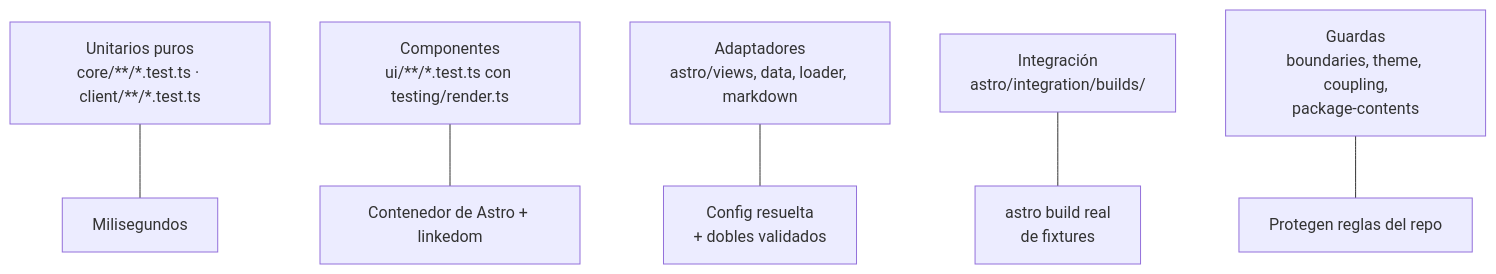
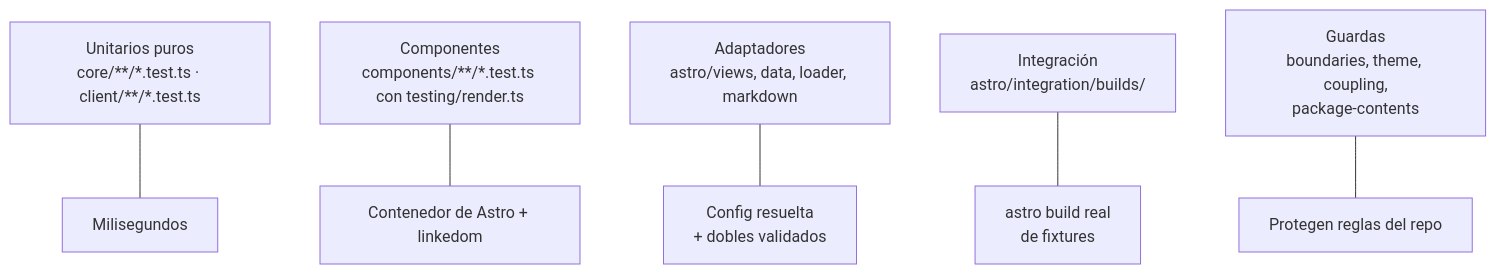
One commit to velezanthony/design changed the diagram in docs/src/content/docs/mantenimiento/tests.md. Above: the diagram before and after it, drawn with Mermaid. The commit also changed other lines of this file and 201 other files, not shown here.

````diff
--- a/docs/src/content/docs/mantenimiento/tests.md
+++ b/docs/src/content/docs/mantenimiento/tests.md
@@ -23,8 +23,8 @@
 ```mermaid
 flowchart TD
   u["Unitarios puros<br/>core/**/*.test.ts · client/**/*.test.ts"] --- fast["Milisegundos"]
-  c["Componentes<br/>ui/**/*.test.ts con testing/render.ts"] --- med["Contenedor de Astro + linkedom"]
+  c["Componentes<br/>components/**/*.test.ts con testing/render.ts"] --- med["Contenedor de Astro + linkedom"]
   a["Adaptadores<br/>astro/views, data, loader, markdown"] --- dbl["Config resuelta<br/>+ dobles validados"]
   b["Integración<br/>astro/integration/builds/"] --- slow["astro build real<br/>de fixtures"]
   g["Guardas<br/>boundaries, theme, coupling,<br/>package-contents"] --- meta["Protegen reglas del repo"]
 ```
````
